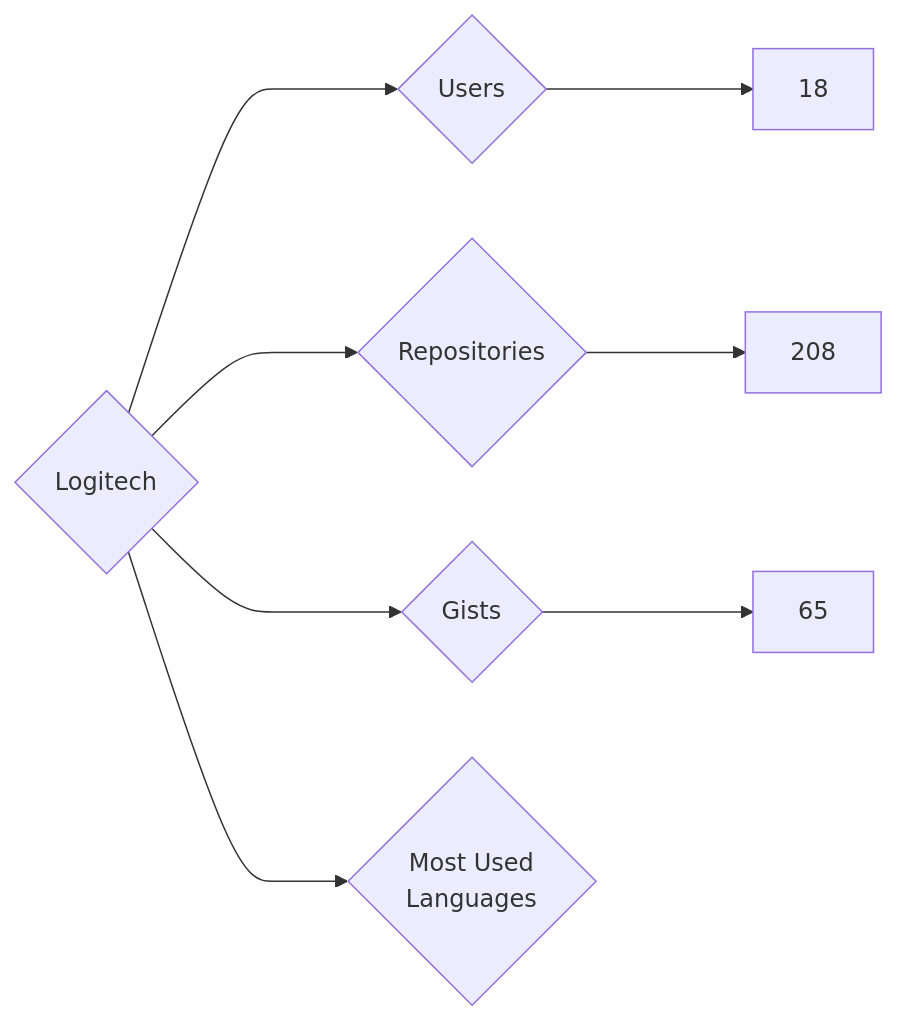
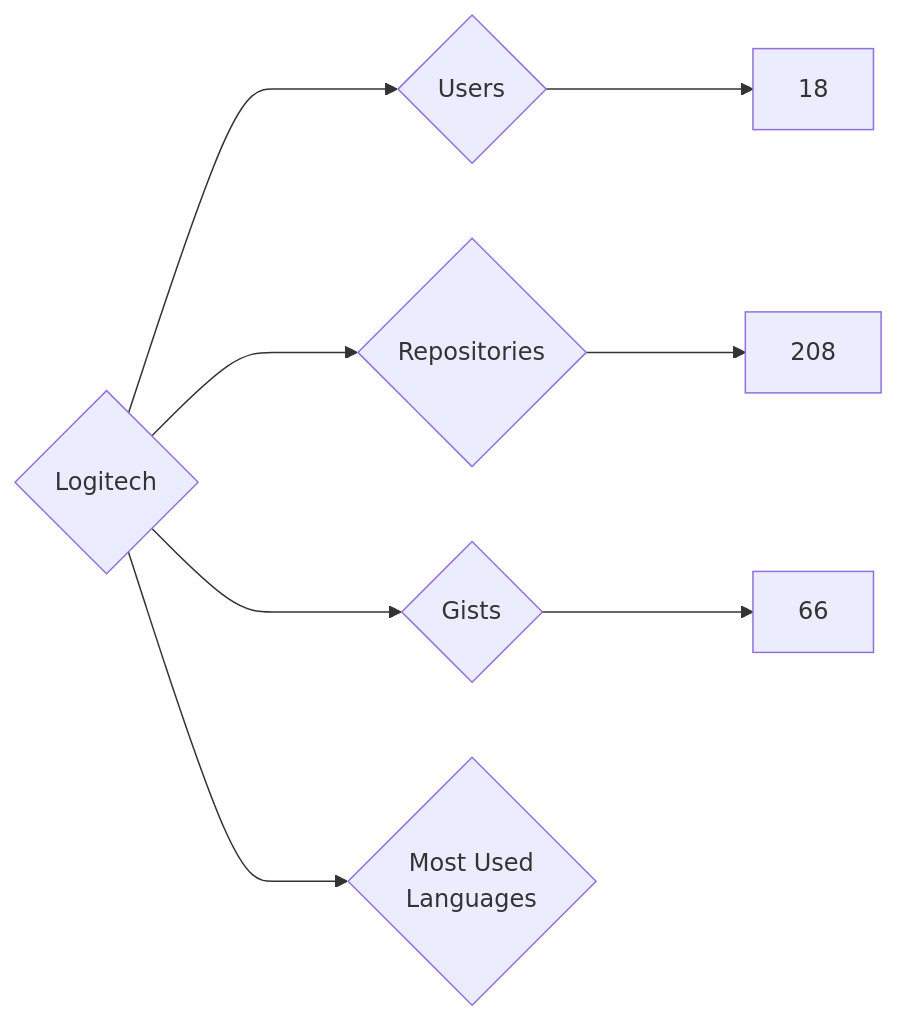
The diagram in targets/Logitech/README.md (nenadzaric/insiders), drawn with Mermaid before and after one commit. The commit also changed 1342 other files, not shown here.

````diff
--- a/targets/Logitech/README.md
+++ b/targets/Logitech/README.md
@@ -3,8 +3,8 @@
 ```mermaid
 graph LR
 COMPANY_NAME{Logitech}
 COMPANY_NAME ---> U{Users} ---> UN[18]
 COMPANY_NAME ---> R{Repositories} ---> RN[208]
-COMPANY_NAME ---> G{Gists} ---> GN[65]
+COMPANY_NAME ---> G{Gists} ---> GN[66]
 COMPANY_NAME ---> ML{Most Used<br>Languages}
 ```
````
